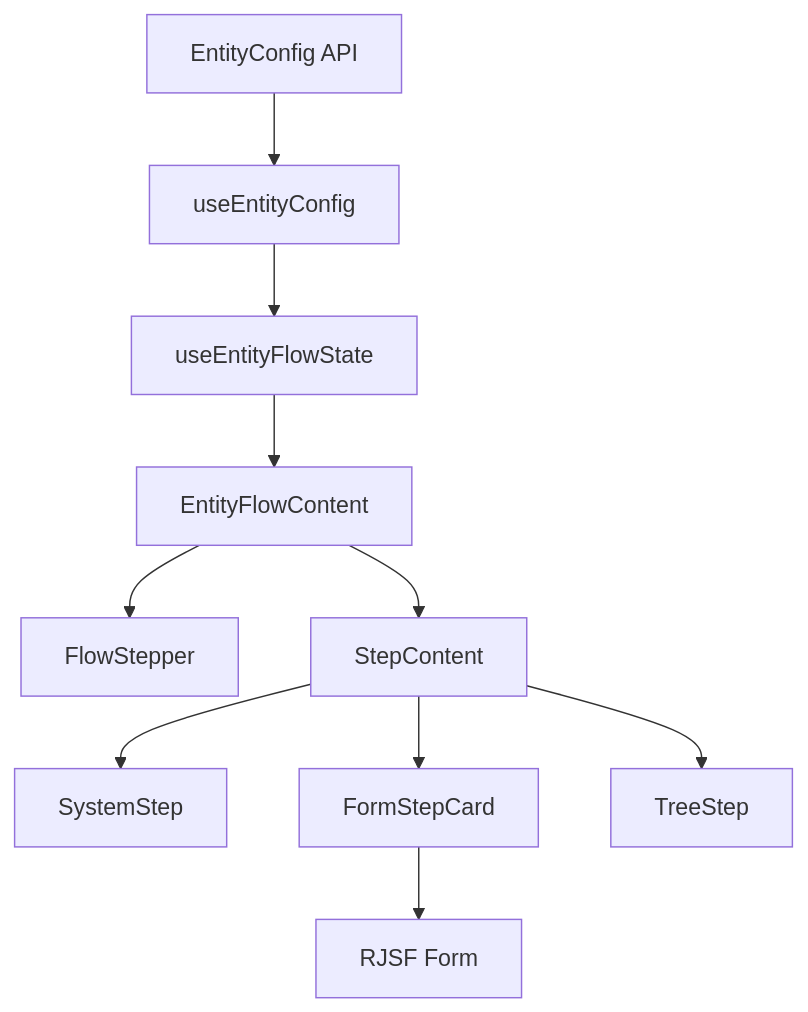
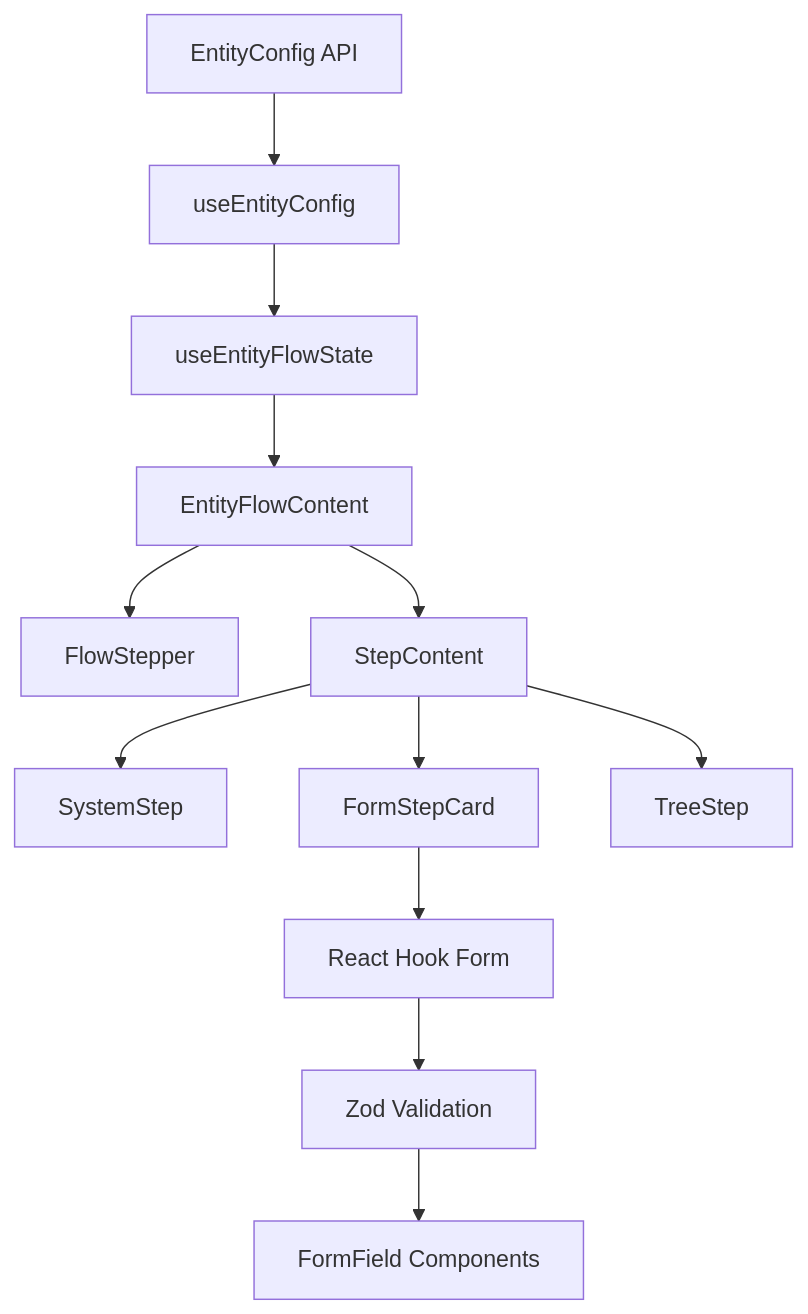
One commit to 1id0r/vite-min-template changed the diagram in src/components/CreateEntityModal/README.md. Above: the diagram before and after it, drawn with Mermaid. The commit also changed other lines of this file and 18 other files, not shown here.

Commit message:
refactor no rjsf using zod validations

````diff
--- a/src/components/CreateEntityModal/README.md
+++ b/src/components/CreateEntityModal/README.md
@@ -104,12 +129,14 @@
 ```mermaid
 graph TD
     A[EntityConfig API] --> B[useEntityConfig]
     B --> C[useEntityFlowState]
     C --> D[EntityFlowContent]
     D --> E[FlowStepper]
     D --> F[StepContent]
     F --> G[SystemStep]
     F --> H[FormStepCard]
     F --> I[TreeStep]
-    H --> J[RJSF Form]
+    H --> J[React Hook Form]
+    J --> K[Zod Validation]
+    K --> L[FormField Components]
 ```
````
